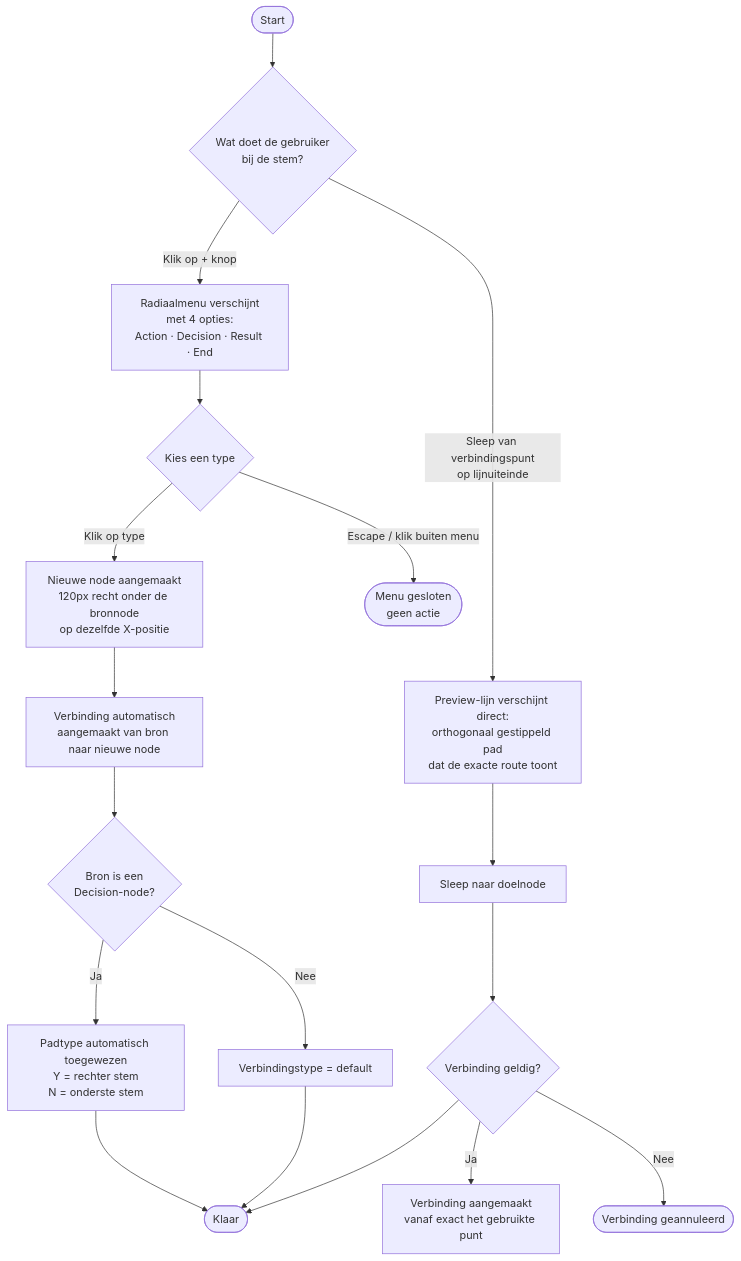
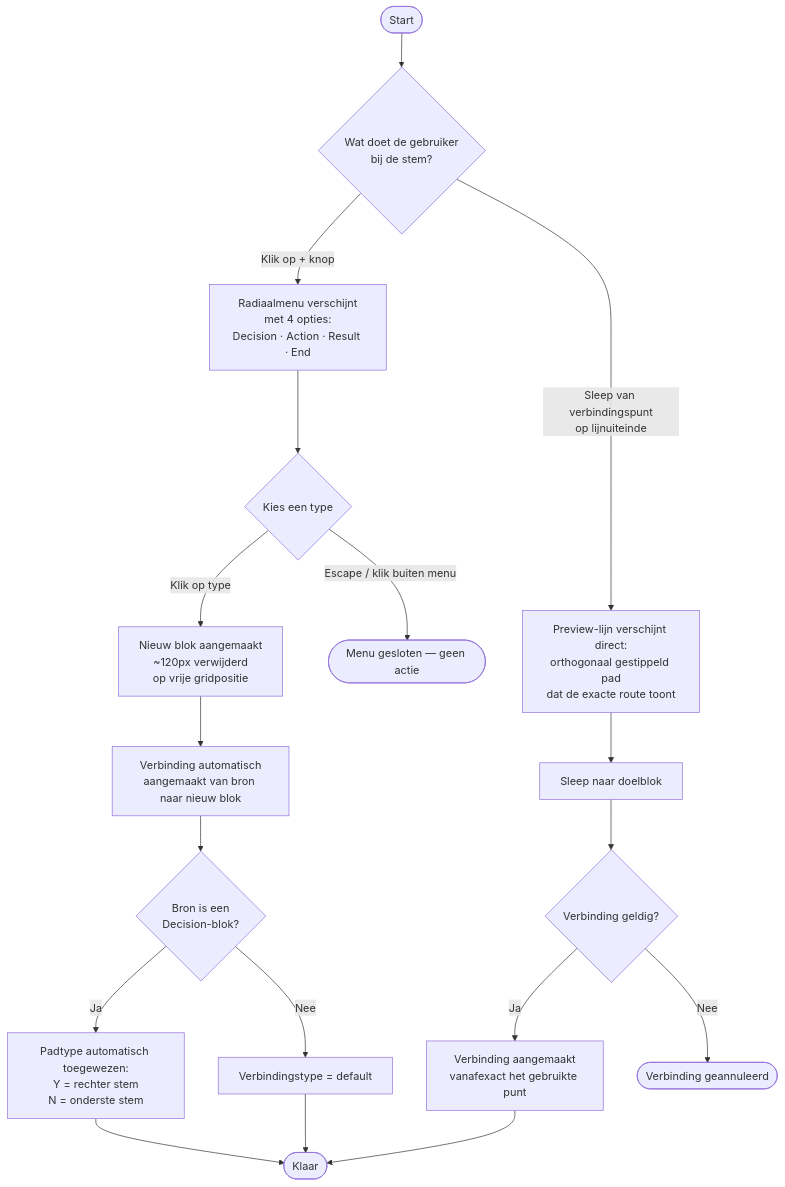
The second of 14 diagrams in USERFLOWS.md (GRJX/mmd-flowchart), drawn with Mermaid before and after one commit. The commit also changed other lines of this file and 1 other file, not shown here.

Commit message:
refactor: update flowchart syntax for clarity and consistency; enhance user flow descriptions

````diff
--- a/USERFLOWS.md
+++ b/USERFLOWS.md
@@ -27,22 +27,22 @@
 ```mermaid
 flowchart TD
-    A([Start]) --> B{Wat doet de gebruiker\nbij de stem?}
+    A([Start]) --> B{"Wat doet de gebruiker<br>bij de stem?"}
 
-    B -- Klik op + knop --> C[Radiaalmenu verschijnt\nmet 4 opties:\nAction · Decision · Result · End]
+    B -- "Klik op + knop" --> C["Radiaalmenu verschijnt<br>met 4 opties:<br>Decision · Action · Result · End"]
     C --> D{Kies een type}
-    D -- Klik op type --> E[Nieuwe node aangemaakt\n120px recht onder de bronnode\nop dezelfde X-positie]
-    E --> F[Verbinding automatisch\naangemaakt van bron naar nieuwe node]
-    F --> G{Bron is een\nDecision-node?}
-    G -- Ja --> H[Padtype automatisch toegewezen\nY = rechter stem\nN = onderste stem]
+    D -- "Klik op type" --> E["Nieuw blok aangemaakt<br>~120px verwijderd<br>op vrije gridpositie"]
+    E --> F["Verbinding automatisch<br>aangemaakt van bron naar nieuw blok"]
+    F --> G{"Bron is een<br>Decision-blok?"}
+    G -- Ja --> H["Padtype automatisch toegewezen:<br>Y = rechter stem<br>N = onderste stem"]
     G -- Nee --> I[Verbindingstype = default]
     H --> J([Klaar])
     I --> J
-    D -- Escape / klik buiten menu --> K([Menu gesloten\ngeen actie])
+    D -- "Escape / klik buiten menu" --> K([Menu gesloten — geen actie])
 
-    B -- Sleep van verbindingspunt\nop lijnuiteinde --> L[Preview-lijn verschijnt direct:\northogonaal gestippeld pad\ndat de exacte route toont]
-    L --> M[Sleep naar doelnode]
+    B -- "Sleep van verbindingspunt<br>op lijnuiteinde" --> L["Preview-lijn verschijnt direct:<br>orthogonaal gestippeld pad<br>dat de exacte route toont"]
+    L --> M[Sleep naar doelblok]
     M --> N{Verbinding geldig?}
-    N -- Ja --> O[Verbinding aangemaakt\nvanaf exact het gebruikte punt]
+    N -- Ja --> O["Verbinding aangemaakt<br>vanafexact het gebruikte punt"]
     N -- Nee --> P([Verbinding geannuleerd])
-    N --> J
+    O --> J
 ```
````
